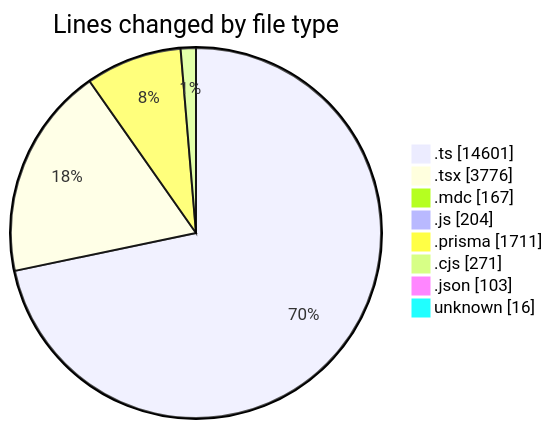
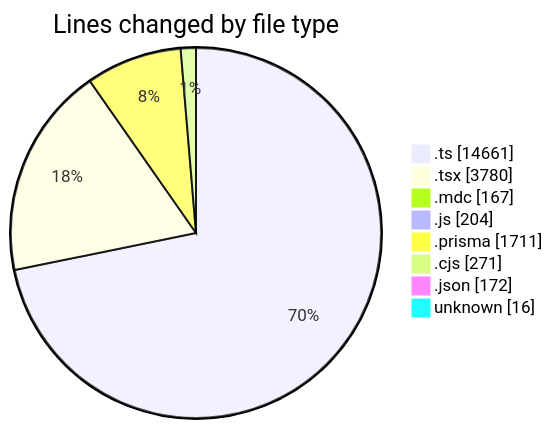
Before and after one commit to CELIANVF/code-tracking: the first of 2 diagrams in 2025-06-06/ecodeli-1/README.md, drawn with Mermaid. The commit also changed other lines of this file and 1 other file, not shown here.

````diff
--- a/2025-06-06/ecodeli-1/README.md
+++ b/2025-06-06/ecodeli-1/README.md
@@ -83,12 +83,12 @@
 ```mermaid
 pie showData
 title Lines changed by file type
-".ts" : 14601
-".tsx" : 3776
+".ts" : 14661
+".tsx" : 3780
 ".mdc" : 167
 ".js" : 204
 ".prisma" : 1711
 ".cjs" : 271
-".json" : 103
+".json" : 172
 "unknown" : 16
 ```
````
